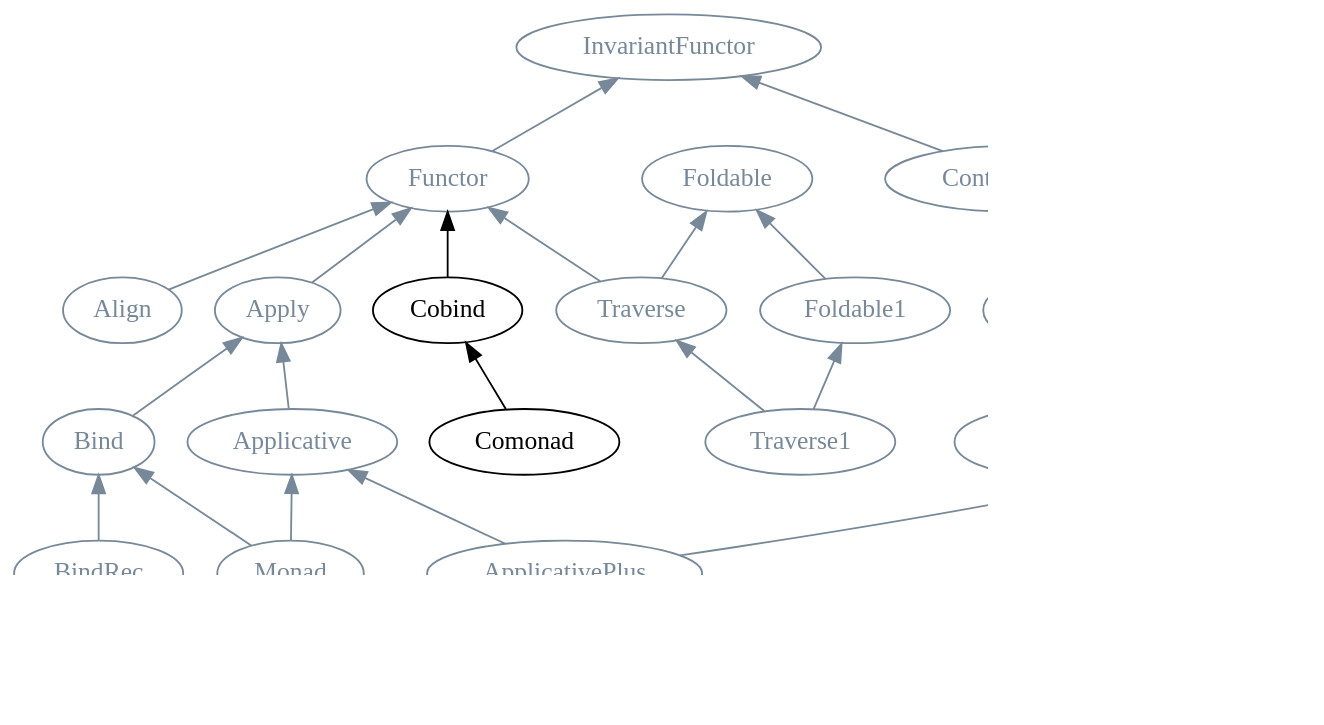
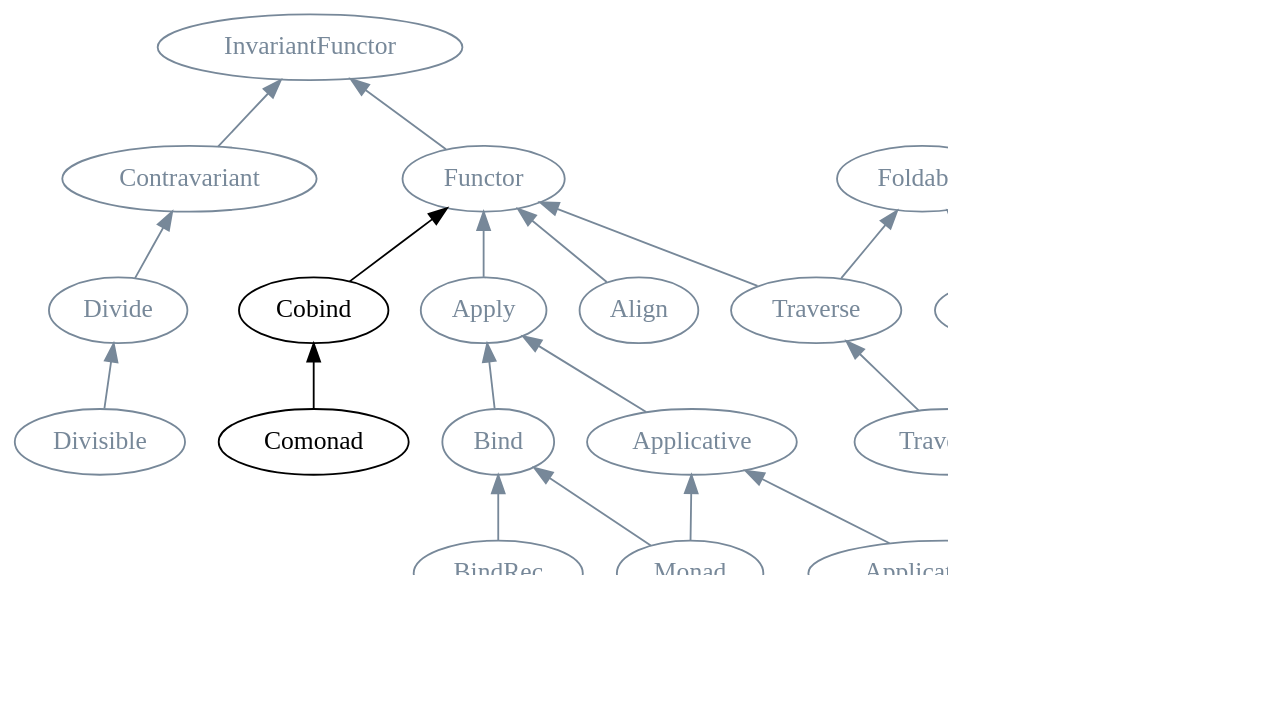
One commit to fommil/fpmortals changed diagram 14 of 17 in manuscript/book.org. Above: the diagram before and after it, drawn with Graphviz. The commit also changed other lines of this file and 10 other files, not shown here.

```diff
--- a/manuscript/book.org
+++ b/manuscript/book.org
@@ -5490,68 +5516,68 @@
 #+BEGIN_SRC dot :file images/scalaz-cothings.png :exports results
 digraph G {
     graph [dpi=100, rankdir=BT];
     node [fontname=Hack];
     node [fontcolor=lightgray,color=lightgray];
     edge [color=lightgray]
 
+    Cobind [fontcolor=black,color=black];
+    Comonad [fontcolor=black,color=black];
     Bind [fontcolor=lightslategray,color=lightslategray];
     Apply [fontcolor=lightslategray,color=lightslategray];
     BindRec [fontcolor=lightslategray,color=lightslategray];
     Contravariant [fontcolor=lightslategray,color=lightslategray];
     Functor [fontcolor=lightslategray,color=lightslategray];
     InvariantFunctor [fontcolor=lightslategray,color=lightslategray];
     Functor [fontcolor=lightslategray,color=lightslategray];
     Divide [fontcolor=lightslategray,color=lightslategray];
     Divisible [fontcolor=lightslategray,color=lightslategray];
     Apply [fontcolor=lightslategray,color=lightslategray];
+    Align [fontcolor=lightslategray,color=lightslategray];
     Applicative [fontcolor=lightslategray,color=lightslategray];
     Foldable1 [fontcolor=lightslategray,color=lightslategray];
     Foldable [fontcolor=lightslategray,color=lightslategray];
     Traverse [fontcolor=lightslategray,color=lightslategray];
     Traverse1 [fontcolor=lightslategray,color=lightslategray];
     Monad [fontcolor=lightslategray,color=lightslategray];
     "Advanced Monads" [style=dashed];
-    Cobind [fontcolor=black,color=black];
-    Comonad [fontcolor=black,color=black];
     Plus [fontcolor=lightslategray,color=lightslategray];
     PlusEmpty [fontcolor=lightslategray,color=lightslategray];
     IsEmpty [fontcolor=lightslategray,color=lightslategray];
     ApplicativePlus [fontcolor=lightslategray,color=lightslategray];
     MonadPlus [fontcolor=lightslategray,color=lightslategray];
-    Align [fontcolor=lightslategray,color=lightslategray];
 
     Bind -> Apply [color=lightslategray];
     BindRec -> Bind [color=lightslategray];
 
     Contravariant -> InvariantFunctor [color=lightslategray];
     Functor -> InvariantFunctor [color=lightslategray];
 
     Divide -> Contravariant [color=lightslategray];
     Divisible -> Divide [color=lightslategray];
     Apply -> Functor [color=lightslategray];
     Applicative -> Apply [color=lightslategray];
 
     Foldable1 -> Foldable [color=lightslategray];
     Traverse -> Functor [color=lightslategray];
     Traverse -> Foldable [color=lightslategray];
     Traverse1 -> Traverse [color=lightslategray];
     Traverse1 -> Foldable1 [color=lightslategray];
 
     Monad -> Applicative [color=lightslategray];
     "Advanced Monads" -> Monad;
     Monad -> Bind [color=lightslategray];
  
     Cobind -> Functor [color=black];
     Comonad -> Cobind [color=black];
 
     PlusEmpty -> Plus [color=lightslategray];
     IsEmpty -> PlusEmpty [color=lightslategray];
 
     ApplicativePlus -> Applicative [color=lightslategray];
     ApplicativePlus -> PlusEmpty [color=lightslategray];
     MonadPlus -> ApplicativePlus [color=lightslategray];
     MonadPlus -> Monad [color=lightslategray];
 
     Align -> Functor [color=lightslategray];
 }
 #+END_SRC
```
